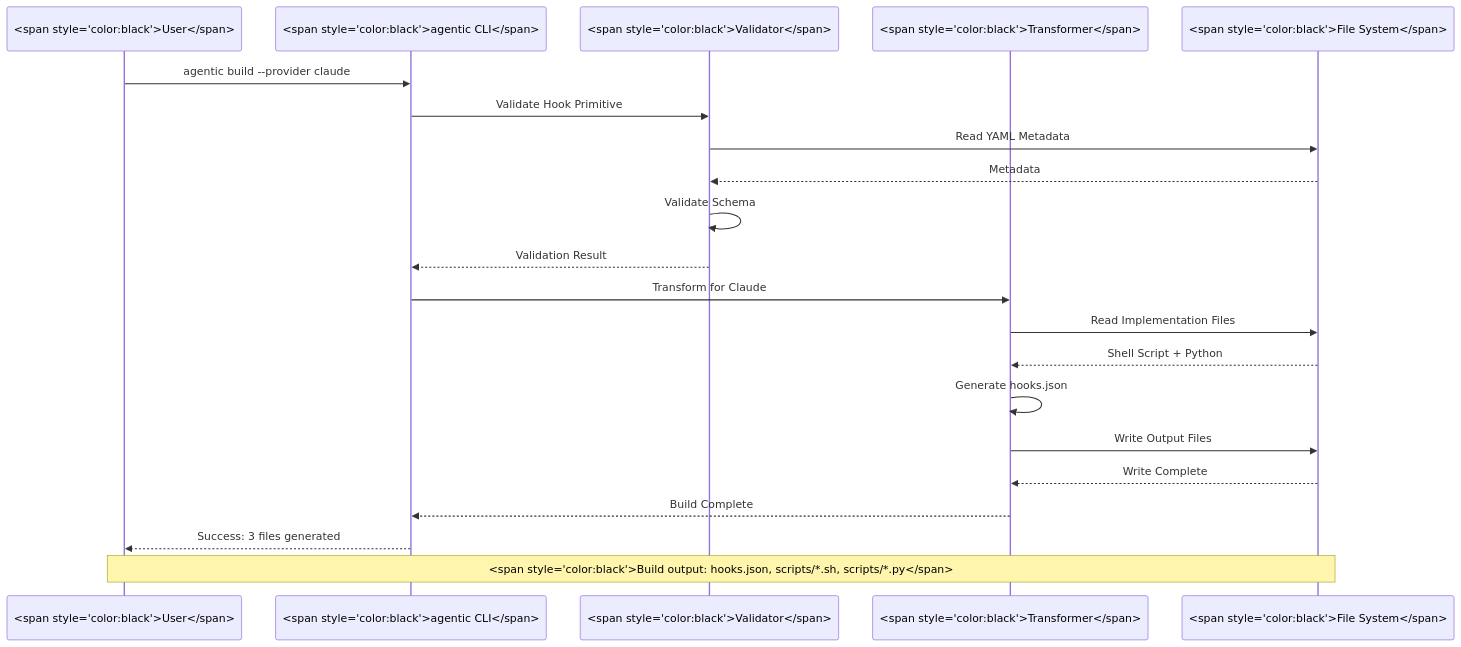
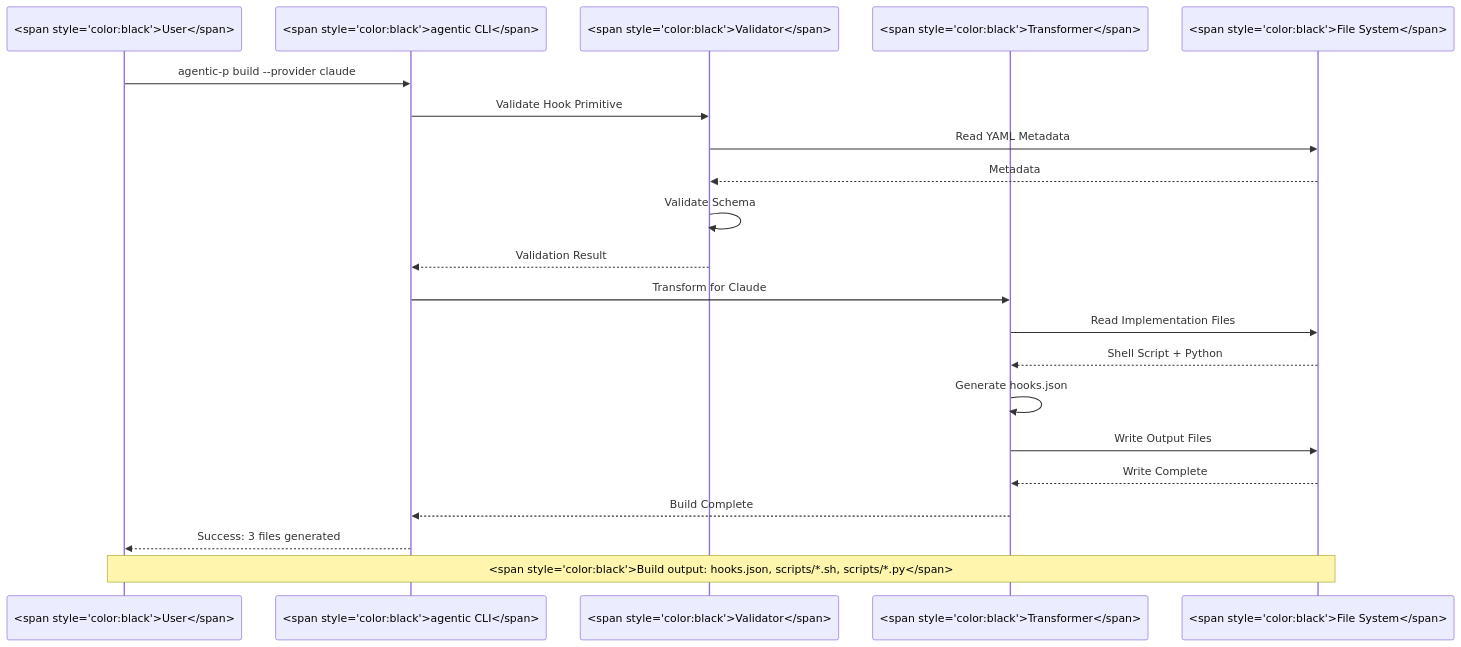
The tenth of 13 diagrams in docs/hooks/architecture.md (AgentParadise/agentic-primitives), drawn with Mermaid before and after one commit. The commit also changed other lines of this file and 17 other files, not shown here.

First line of the commit message:
docs: update CLI command references from 'agentic' to 'agentic-p'

````diff
--- a/docs/hooks/architecture.md
+++ b/docs/hooks/architecture.md
@@ -414,26 +414,26 @@
 ```mermaid
 sequenceDiagram
     participant User as <span style='color:black'>User</span>
     participant CLI as <span style='color:black'>agentic CLI</span>
     participant Validator as <span style='color:black'>Validator</span>
     participant Transformer as <span style='color:black'>Transformer</span>
     participant FileSystem as <span style='color:black'>File System</span>
     
-    User->>CLI: agentic build --provider claude
+    User->>CLI: agentic-p build --provider claude
     CLI->>Validator: Validate Hook Primitive
     Validator->>FileSystem: Read YAML Metadata
     FileSystem-->>Validator: Metadata
     Validator->>Validator: Validate Schema
     Validator-->>CLI: Validation Result
     
     CLI->>Transformer: Transform for Claude
     Transformer->>FileSystem: Read Implementation Files
     FileSystem-->>Transformer: Shell Script + Python
     Transformer->>Transformer: Generate hooks.json
     Transformer->>FileSystem: Write Output Files
     FileSystem-->>Transformer: Write Complete
     Transformer-->>CLI: Build Complete
     CLI-->>User: Success: 3 files generated
     
     Note over User,FileSystem: <span style='color:black'>Build output: hooks.json, scripts/*.sh, scripts/*.py</span>
 ```
````
